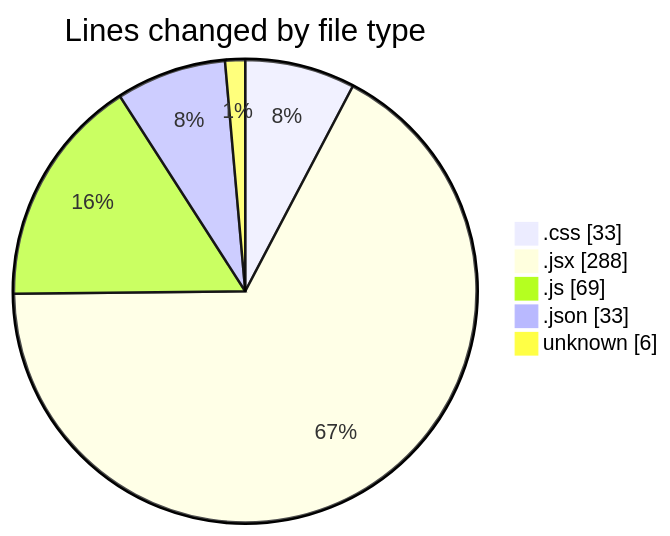
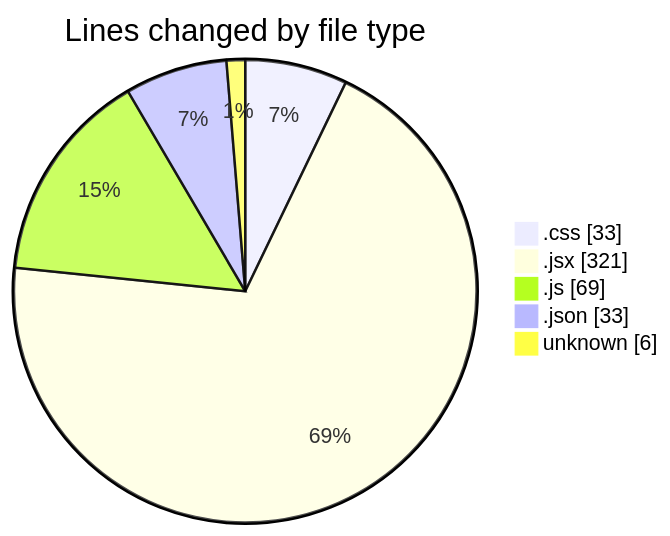
Before and after one commit to Elitesun/code-tracking: the first of 2 diagrams in 2025-02-14/elitegpt/README.md, drawn with Mermaid. The commit also changed other lines of this file and 1 other file, not shown here.

````diff
--- a/2025-02-14/elitegpt/README.md
+++ b/2025-02-14/elitegpt/README.md
@@ -32,9 +32,9 @@
 ```mermaid
 pie showData
 title Lines changed by file type
 ".css" : 33
-".jsx" : 288
+".jsx" : 321
 ".js" : 69
 ".json" : 33
 "unknown" : 6
 ```
````
